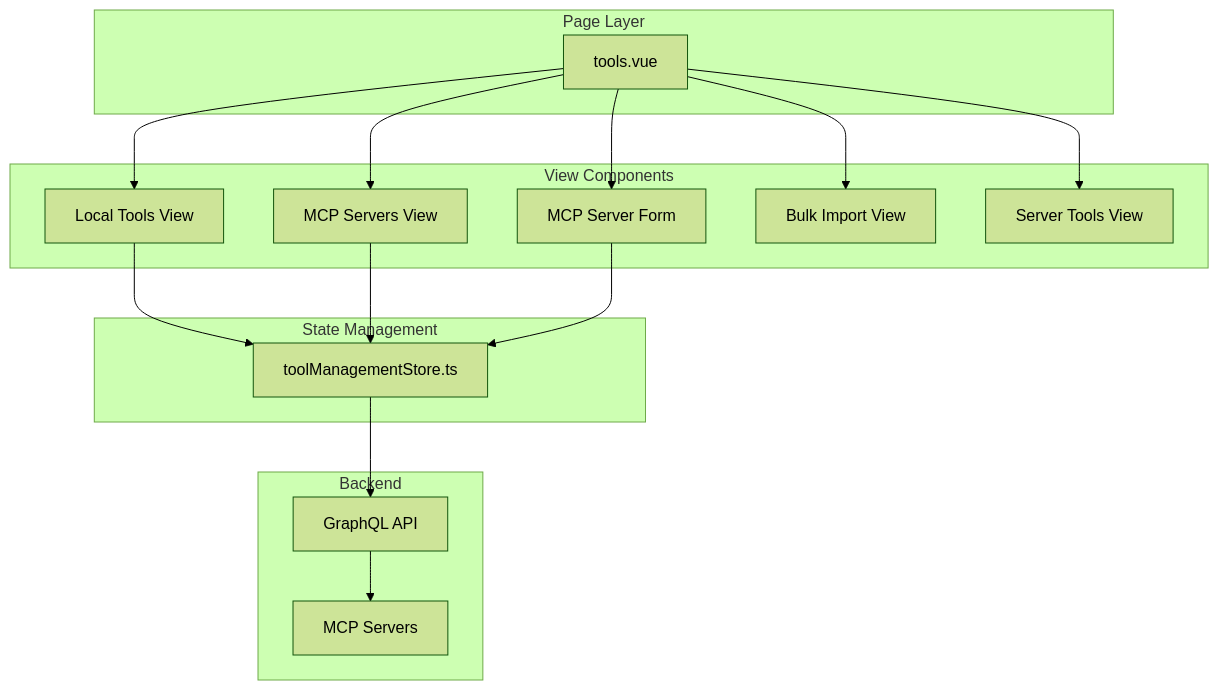
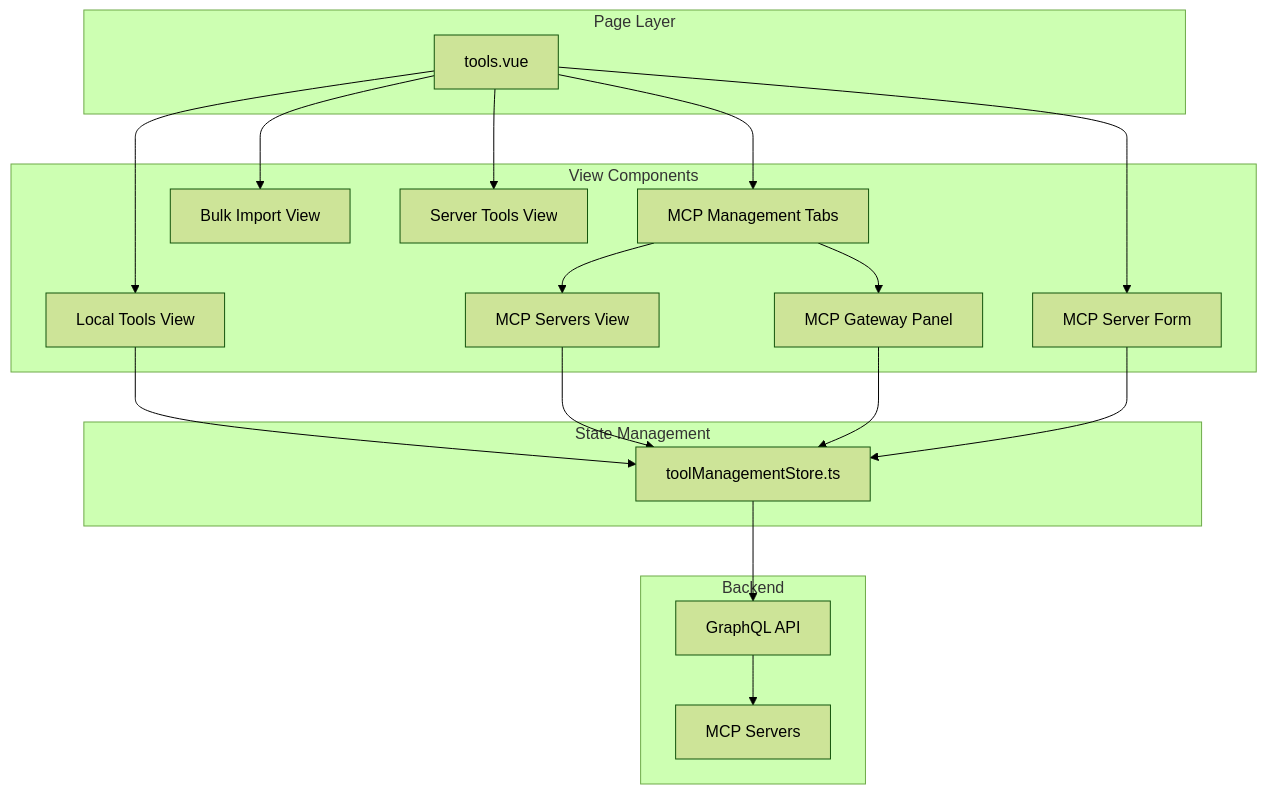
Before and after one commit to AutoByteus/autobyteus-workspace: the first of 2 diagrams in autobyteus-web/docs/tools_and_mcp.md, drawn with Mermaid (forest theme). The commit also changed other lines of this file and 36 other files, not shown here.

Commit message:
checkpoint general mcp gateway delivery candidate

````diff
--- a/autobyteus-web/docs/tools_and_mcp.md
+++ b/autobyteus-web/docs/tools_and_mcp.md
@@ -48,36 +52,41 @@
 ```mermaid
 flowchart TD
     subgraph "Page Layer"
         ToolsPage[tools.vue]
     end
 
     subgraph "View Components"
         LocalTools[Local Tools View]
+        McpTabs[MCP Management Tabs]
         McpServers[MCP Servers View]
+        McpGateway[MCP Gateway Panel]
         McpForm[MCP Server Form]
         McpBulk[Bulk Import View]
         McpTools[Server Tools View]
     end
 
     subgraph "State Management"
         Store[toolManagementStore.ts]
     end
 
     subgraph "Backend"
         GraphQL[GraphQL API]
         MCPServers[MCP Servers]
     end
 
     ToolsPage --> LocalTools
-    ToolsPage --> McpServers
+    ToolsPage --> McpTabs
+    McpTabs --> McpServers
+    McpTabs --> McpGateway
     ToolsPage --> McpForm
     ToolsPage --> McpBulk
     ToolsPage --> McpTools
 
     LocalTools --> Store
     McpServers --> Store
+    McpGateway --> Store
     McpForm --> Store
 
     Store --> GraphQL
     GraphQL --> MCPServers
 ```
````
